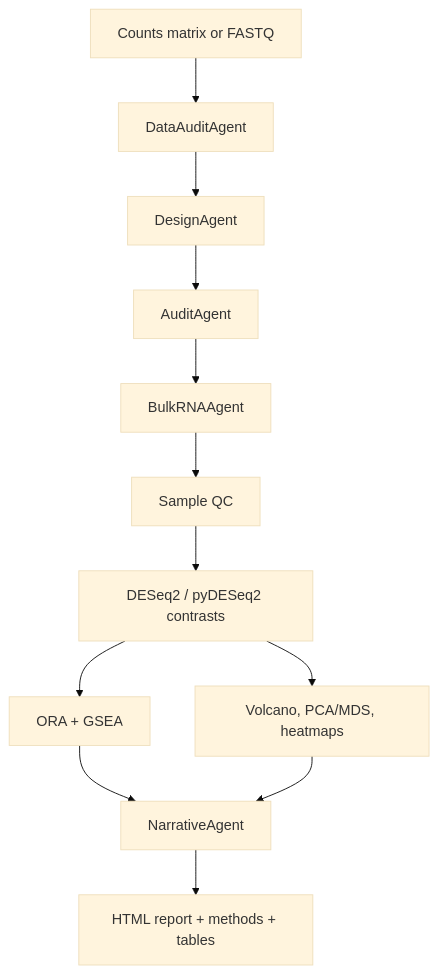
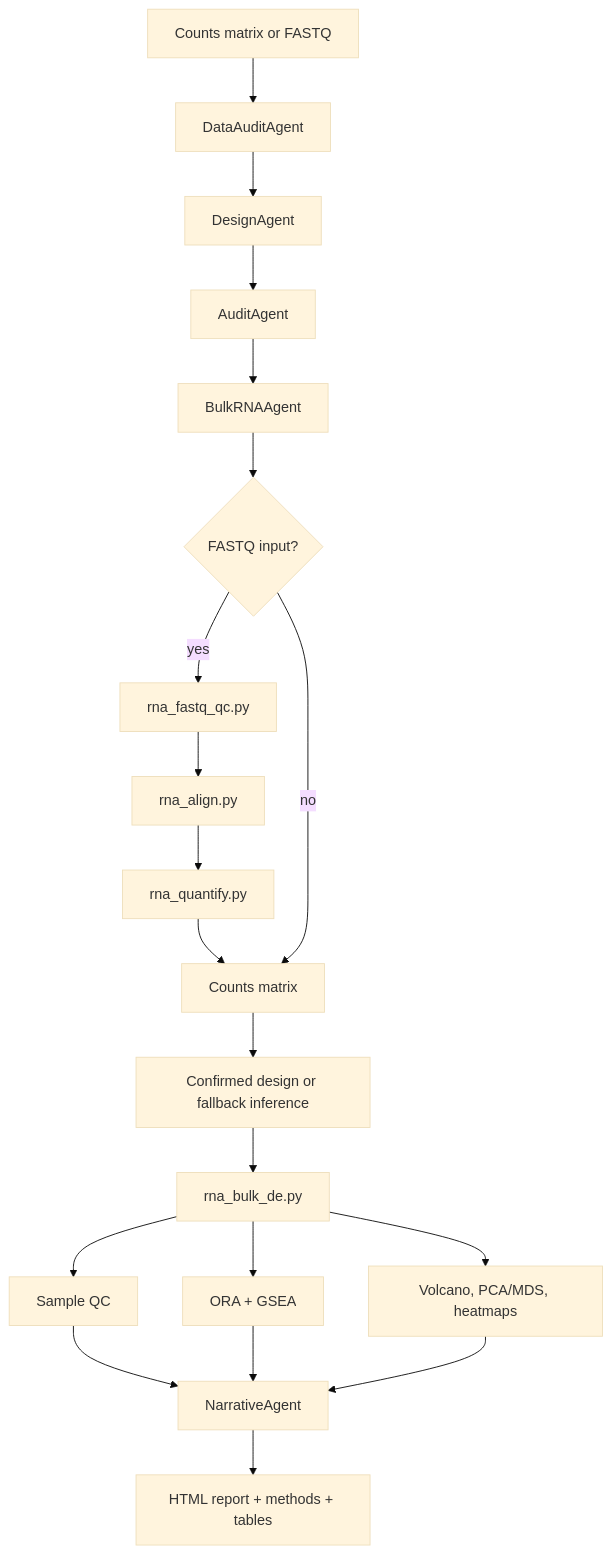
Before and after one commit to Olascoaga/aria-omics: the diagram in docs/diagrams/bulk_rna_flow.mmd, drawn with Mermaid (base theme). The commit also changed 8 other files, not shown here.

Commit message:
Align documentation diagrams with agent flow

```diff
--- a/docs/diagrams/bulk_rna_flow.mmd
+++ b/docs/diagrams/bulk_rna_flow.mmd
@@ -1,12 +1,20 @@
 flowchart TD
     I[Counts matrix or FASTQ] --> DA[DataAuditAgent]
     DA --> D[DesignAgent]
     D --> A[AuditAgent]
     A --> BR[BulkRNAAgent]
-    BR --> QC[Sample QC]
-    QC --> DE[DESeq2 / pyDESeq2 contrasts]
+    BR --> T{FASTQ input?}
+    T -->|yes| FQ[rna_fastq_qc.py]
+    FQ --> ALN[rna_align.py]
+    ALN --> QNT[rna_quantify.py]
+    QNT --> COUNTS[Counts matrix]
+    T -->|no| COUNTS
+    COUNTS --> DESIGN[Confirmed design or fallback inference]
+    DESIGN --> DE[rna_bulk_de.py]
+    DE --> QC[Sample QC]
     DE --> PW[ORA + GSEA]
     DE --> FIG[Volcano, PCA/MDS, heatmaps]
+    QC --> N[NarrativeAgent]
     PW --> N[NarrativeAgent]
     FIG --> N
     N --> R[HTML report + methods + tables]
```
